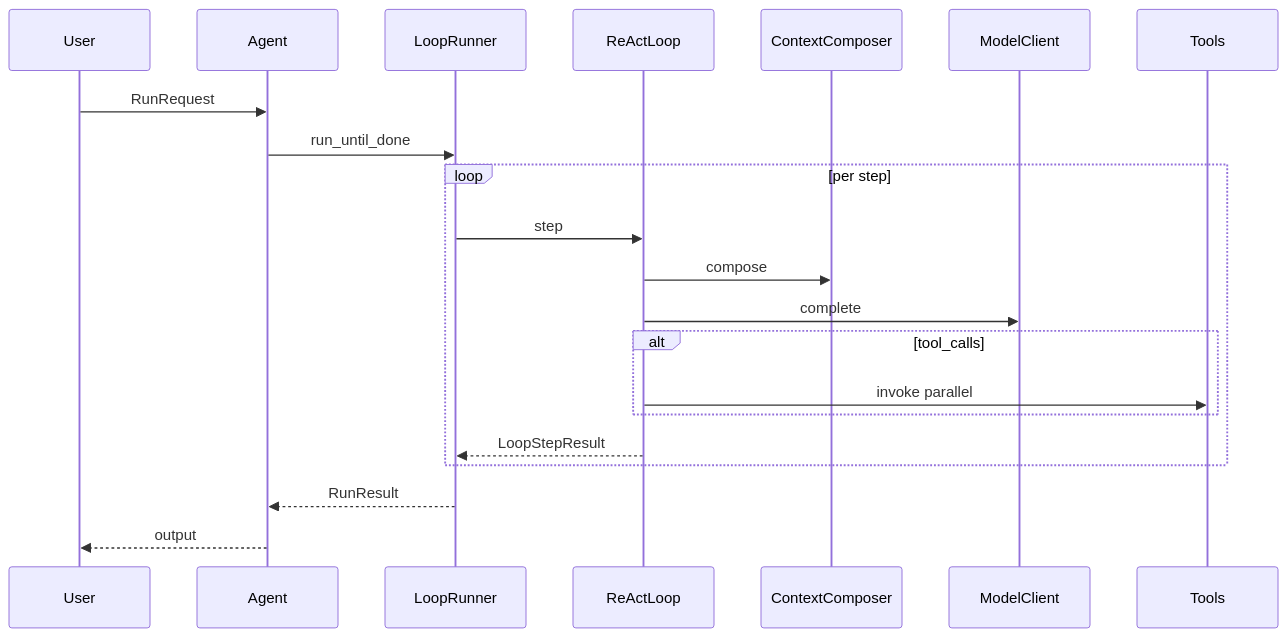
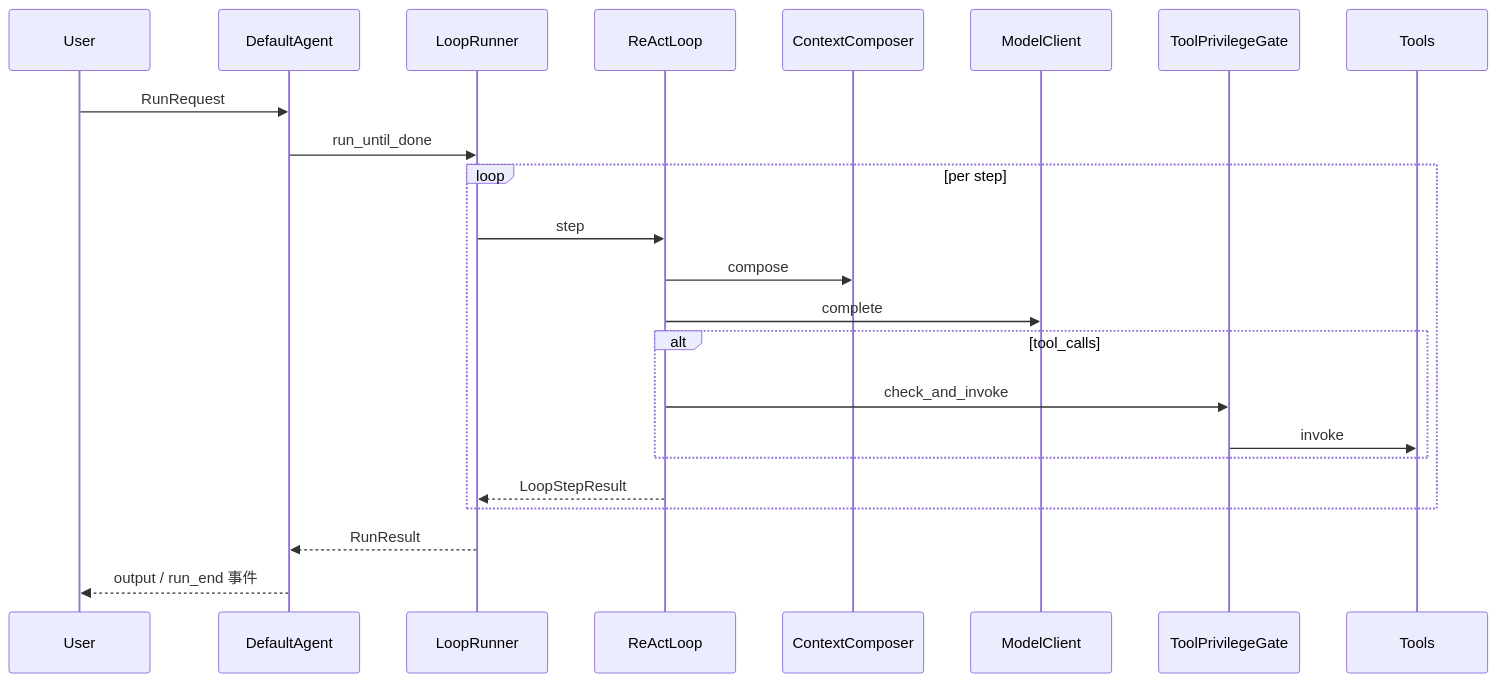
The second of 2 diagrams in docs/architecture.md (ufy2024/AuC), drawn with Mermaid before and after one commit. The commit also changed other lines of this file and 98 other files, not shown here.

````diff
--- a/docs/architecture.md
+++ b/docs/architecture.md
@@ -105,24 +154,26 @@
 ```mermaid
 sequenceDiagram
   participant U as User
-  participant A as Agent
+  participant A as DefaultAgent
   participant R as LoopRunner
   participant L as ReActLoop
   participant C as ContextComposer
   participant M as ModelClient
+  participant G as ToolPrivilegeGate
   participant T as Tools
 
   U->>A: RunRequest
   A->>R: run_until_done
   loop per step
     R->>L: step
     L->>C: compose
     L->>M: complete
     alt tool_calls
-      L->>T: invoke parallel
+      L->>G: check_and_invoke
+      G->>T: invoke
     end
     L-->>R: LoopStepResult
   end
   R-->>A: RunResult
-  A-->>U: output
+  A-->>U: output / run_end 事件
 ```
````
